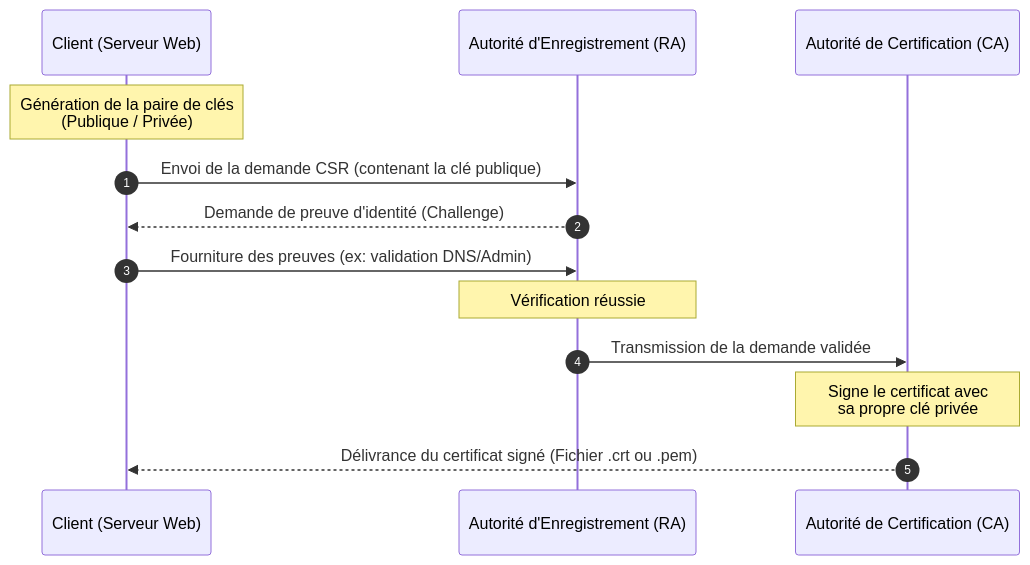
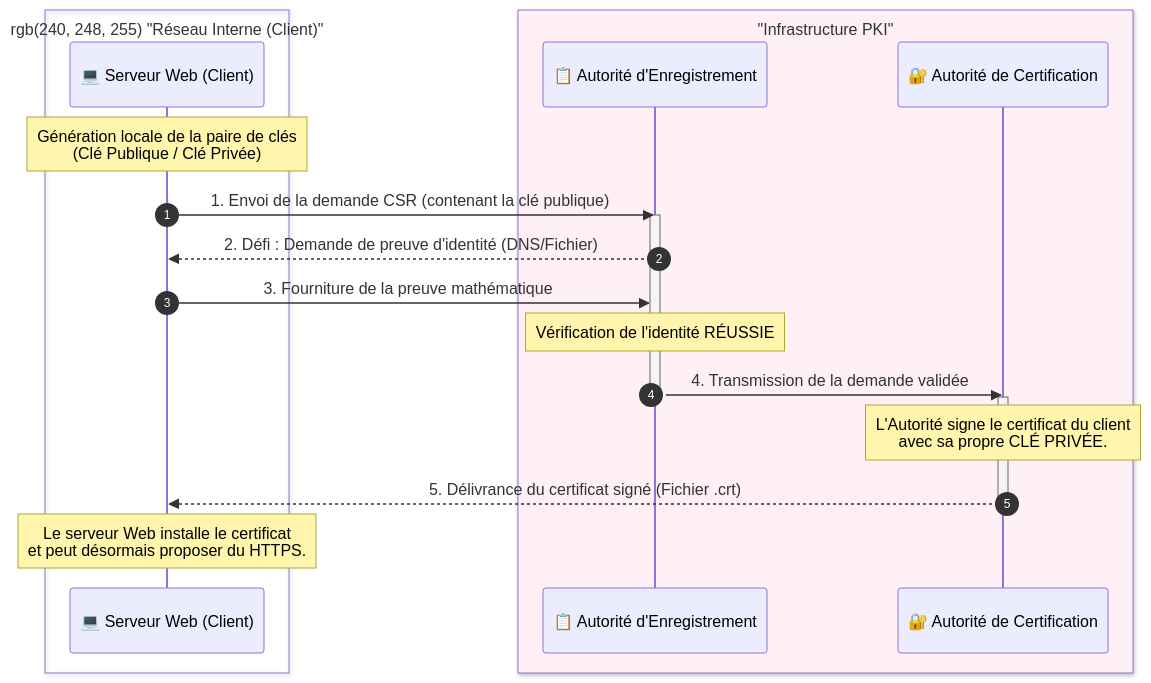
Before and after one commit to FireToak/ecocert-docs: the second of 3 diagrams in docs/01-ressources/pki.md, drawn with Mermaid. The commit also changed other lines of this file, not shown here.

Commit message:
docs: amélioration visuelle et sémantique des diagrammes Mermaid (légendes, couleurs, icônes)

````diff
--- a/docs/01-ressources/pki.md
+++ b/docs/01-ressources/pki.md
@@ -109,18 +116,30 @@
 ```mermaid
 sequenceDiagram
     autonumber
-    participant C as Client (Serveur Web)
-    participant RA as Autorité d'Enregistrement (RA)
-    participant CA as Autorité de Certification (CA)
+    
+    box rgb(240, 248, 255) "Réseau Interne (Client)"
+        participant C as 💻 Serveur Web (Client)
+    end
+    
+    box rgb(255, 240, 245) "Infrastructure PKI"
+        participant RA as 📋 Autorité d'Enregistrement
+        participant CA as 🔐 Autorité de Certification
+    end
 
-    Note over C: Génération de la paire de clés<br/>(Publique / Privée)
-    C->>RA: Envoi de la demande CSR (contenant la clé publique)
-    RA-->>C: Demande de preuve d'identité (Challenge)
-    C->>RA: Fourniture des preuves (ex: validation DNS/Admin)
+    Note over C: Génération locale de la paire de clés<br/>(Clé Publique / Clé Privée)
+    C->>RA: 1. Envoi de la demande CSR (contenant la clé publique)
     
-    Note over RA: Vérification réussie
-    RA->>CA: Transmission de la demande validée
+    activate RA
+    RA-->>C: 2. Défi : Demande de preuve d'identité (DNS/Fichier)
+    C->>RA: 3. Fourniture de la preuve mathématique
+    Note over RA: Vérification de l'identité RÉUSSIE
+    RA->>CA: 4. Transmission de la demande validée
+    deactivate RA
     
-    Note over CA: Signe le certificat avec<br/>sa propre clé privée
-    CA-->>C: Délivrance du certificat signé (Fichier .crt ou .pem)
+    activate CA
+    Note over CA: L'Autorité signe le certificat du client<br/>avec sa propre CLÉ PRIVÉE.
+    CA-->>C: 5. Délivrance du certificat signé (Fichier .crt)
+    deactivate CA
+    
+    Note over C: Le serveur Web installe le certificat<br/>et peut désormais proposer du HTTPS.
 ```
````
